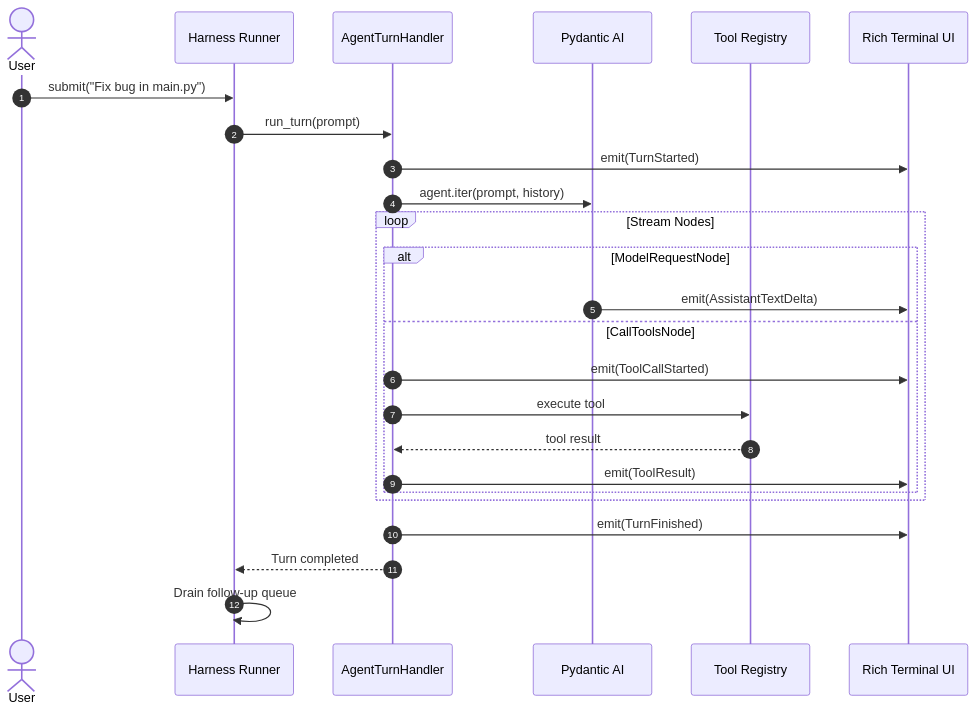
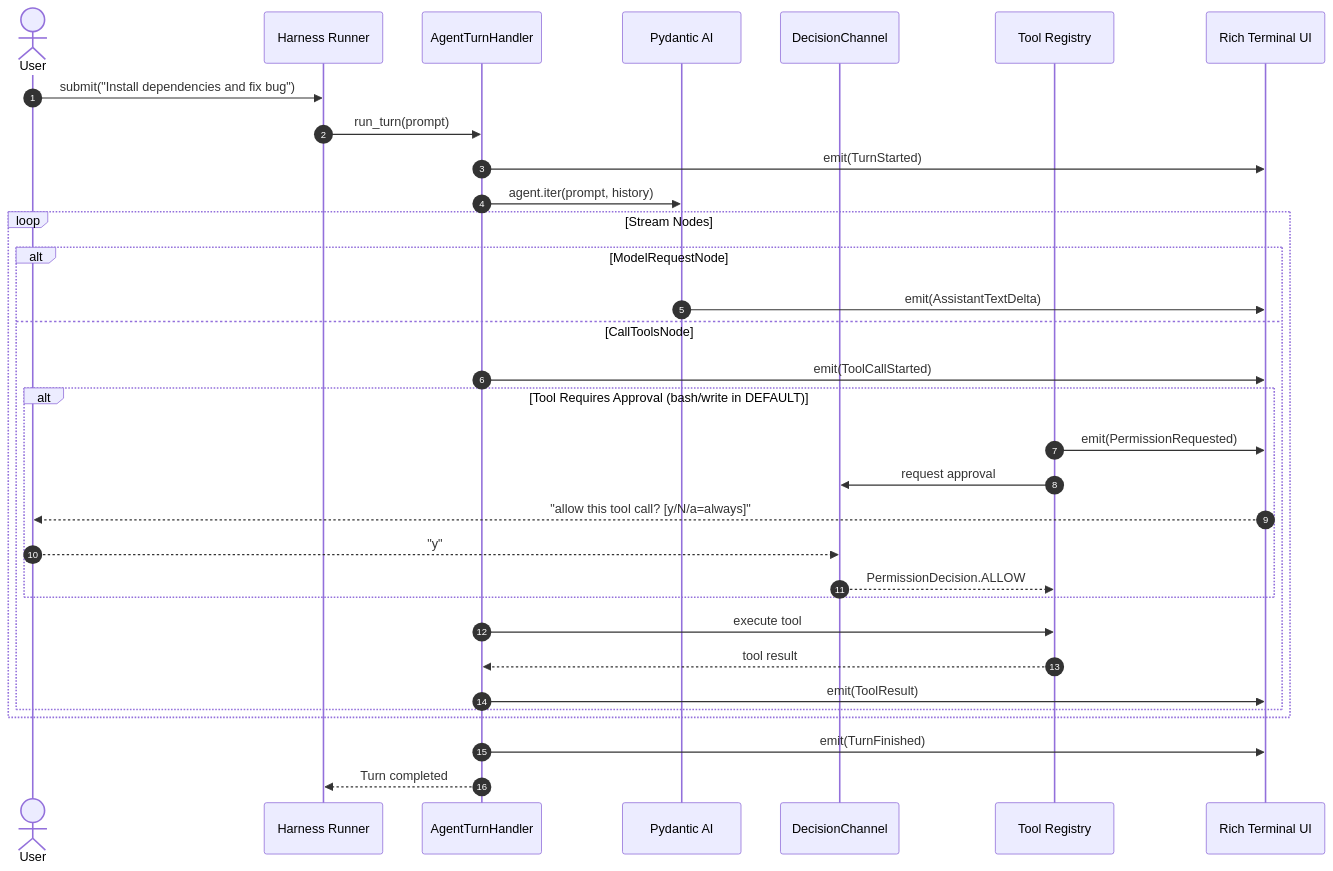
The diagram in README.md (GAAKASH2003/Proto_Harness), drawn with Mermaid before and after one commit. The commit also changed other lines of this file and 13 other files, not shown here.

````diff
--- a/README.md
+++ b/README.md
@@ -65,30 +94,37 @@
 ```mermaid
 sequenceDiagram
     autonumber
     actor User
     participant Runner as Harness Runner
     participant Handler as AgentTurnHandler
     participant Agent as Pydantic AI
+    participant Channel as DecisionChannel
     participant Tools as Tool Registry
     participant TUI as Rich Terminal UI
 
-    User->>Runner: submit("Fix bug in main.py")
+    User->>Runner: submit("Install dependencies and fix bug")
     Runner->>Handler: run_turn(prompt)
     Handler->>TUI: emit(TurnStarted)
     Handler->>Agent: agent.iter(prompt, history)
 
     loop Stream Nodes
         alt ModelRequestNode
             Agent->>TUI: emit(AssistantTextDelta)
         else CallToolsNode
             Handler->>TUI: emit(ToolCallStarted)
+            alt Tool Requires Approval (bash/write in DEFAULT)
+                Tools->>TUI: emit(PermissionRequested)
+                Tools->>Channel: request approval
+                TUI-->>User: "allow this tool call? [y/N/a=always]"
+                User-->>Channel: "y"
+                Channel-->>Tools: PermissionDecision.ALLOW
+            end
             Handler->>Tools: execute tool
             Tools-->>Handler: tool result
             Handler->>TUI: emit(ToolResult)
         end
     end
 
     Handler->>TUI: emit(TurnFinished)
     Handler-->>Runner: Turn completed
-    Runner->>Runner: Drain follow-up queue
 ```
````
